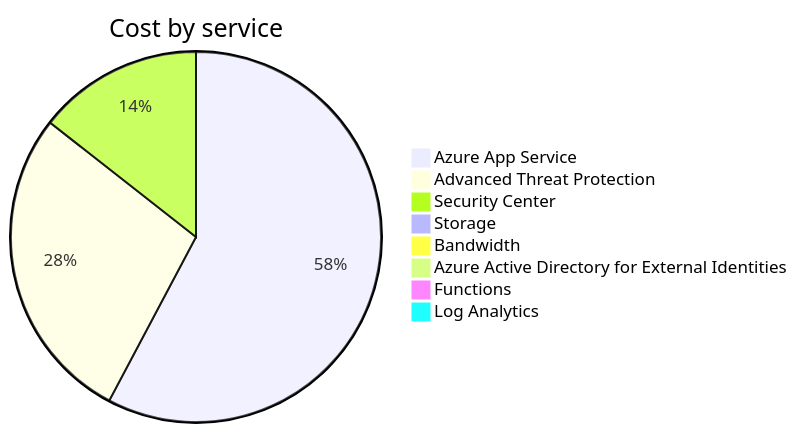
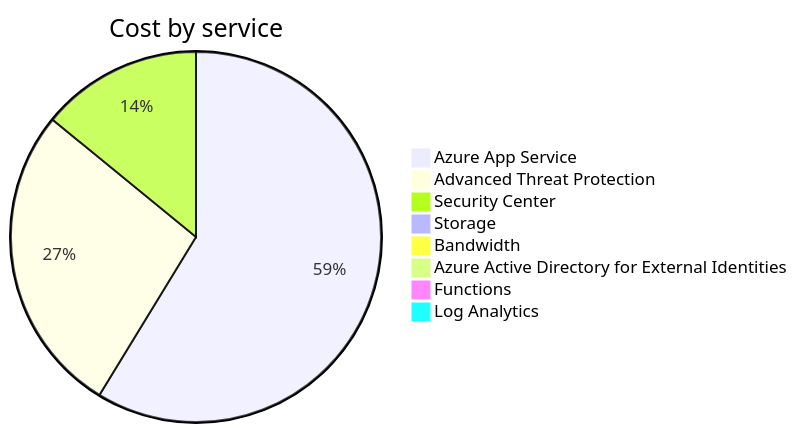
Before and after one commit to jpfulton/azure-personal-reports: the second of 4 diagrams in cost-reports/personal-site/README.md, drawn with Mermaid. The commit also changed other lines of this file and 7 other files, not shown here.

````diff
--- a/cost-reports/personal-site/README.md
+++ b/cost-reports/personal-site/README.md
@@ -100,12 +100,12 @@
 ```mermaid
 pie
    title Cost by service
-   "Azure App Service" : 14.74
+   "Azure App Service" : 15.34
    "Advanced Threat Protection" : 7.10
    "Security Center" : 3.68
-   "Storage" : 0.08
+   "Storage" : 0.09
    "Bandwidth" : 0.00
    "Azure Active Directory for External Identities" : 0.00
    "Functions" : 0.00
    "Log Analytics" : 0.00
 ```
````
